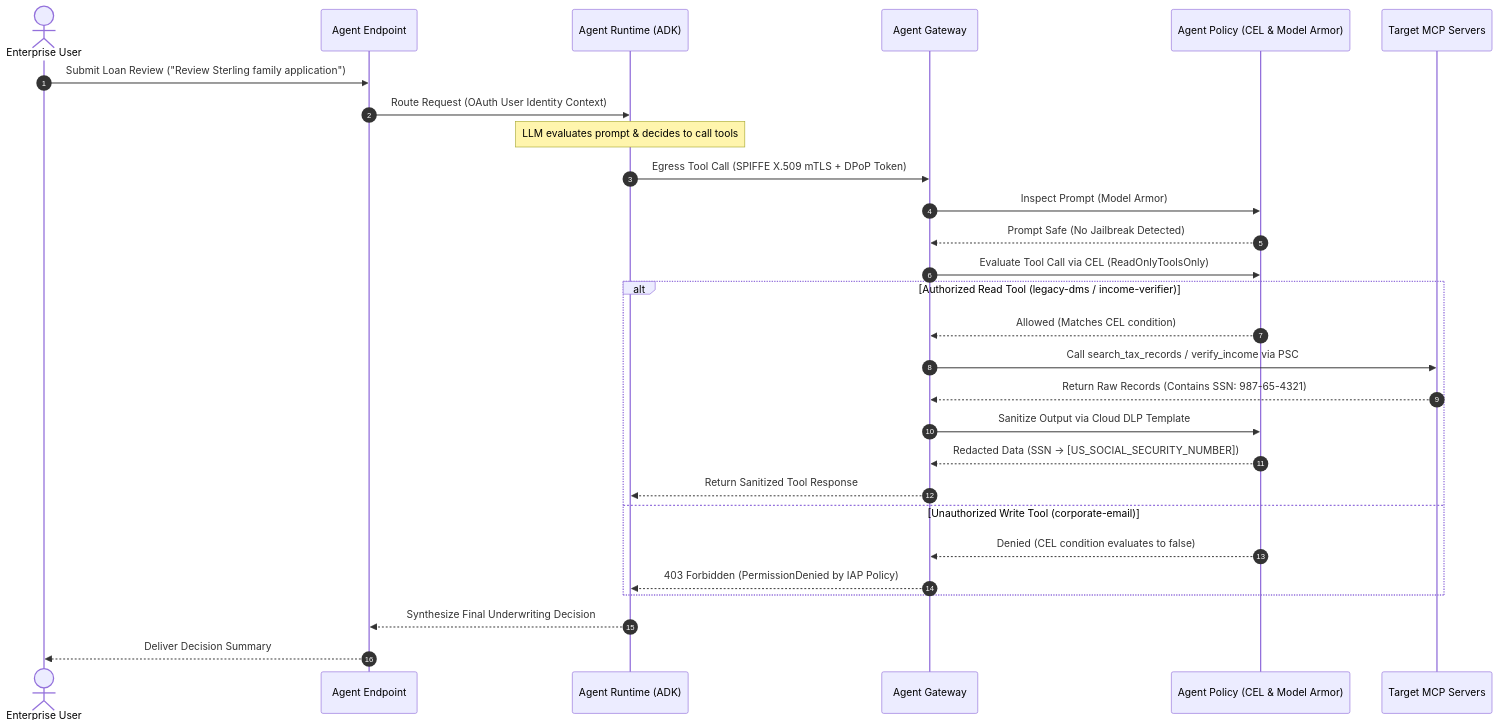
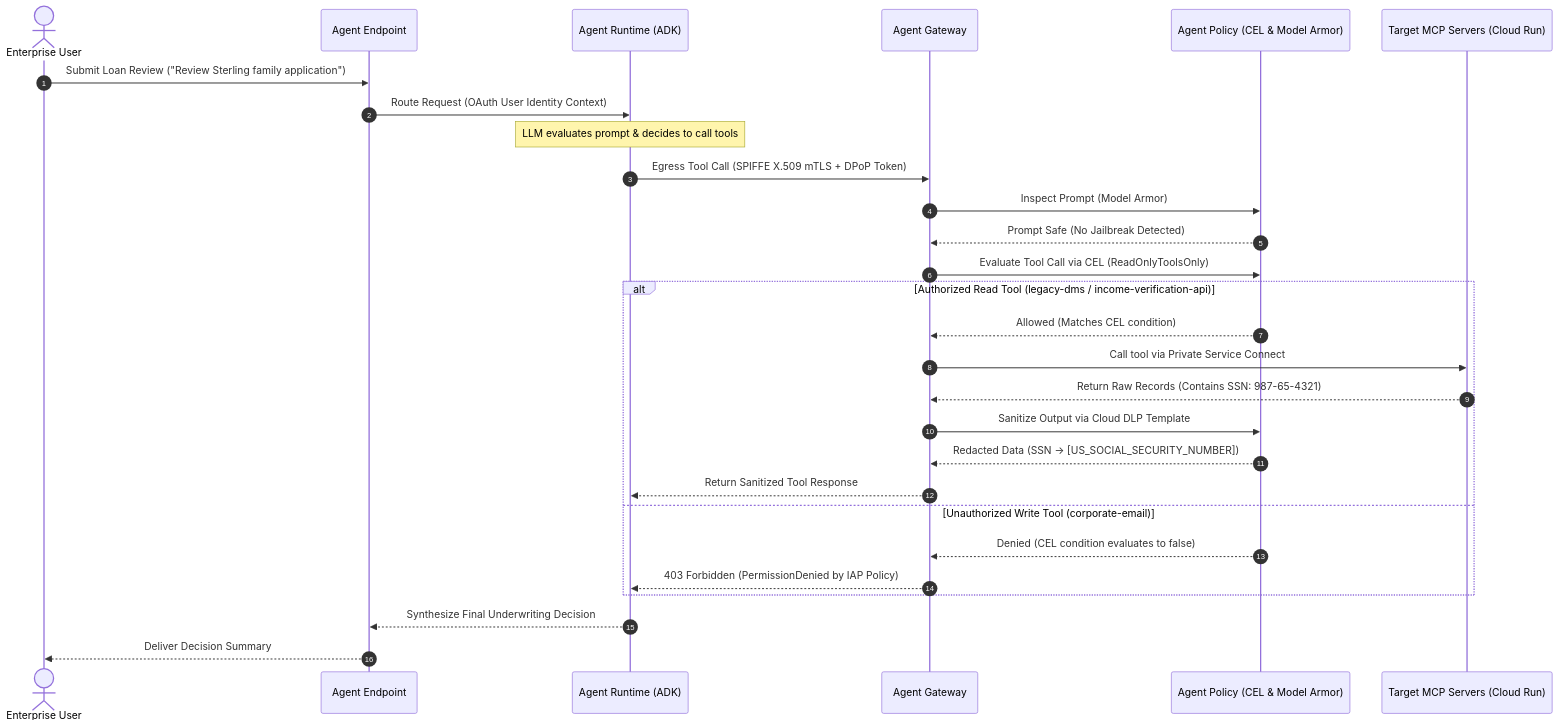
One commit to ddiger/gemini-enterprise-agent-engine changed the second of 2 diagrams in README.md. Above: the diagram before and after it, drawn with Mermaid. The commit also changed other lines of this file and 122 other files, not shown here.

````diff
--- a/README.md
+++ b/README.md
@@ -79,36 +78,36 @@
 ```mermaid
 sequenceDiagram
     autonumber
     actor User as Enterprise User
     participant Endpoint as Agent Endpoint
     participant Runtime as Agent Runtime (ADK)
     participant Gateway as Agent Gateway
     participant Policy as Agent Policy (CEL & Model Armor)
-    participant MCP as Target MCP Servers
+    participant MCP as Target MCP Servers (Cloud Run)
 
     User->>Endpoint: Submit Loan Review ("Review Sterling family application")
     Endpoint->>Runtime: Route Request (OAuth User Identity Context)
     
     Note over Runtime: LLM evaluates prompt & decides to call tools
     Runtime->>Gateway: Egress Tool Call (SPIFFE X.509 mTLS + DPoP Token)
     
     Gateway->>Policy: Inspect Prompt (Model Armor)
     Policy-->>Gateway: Prompt Safe (No Jailbreak Detected)
     
     Gateway->>Policy: Evaluate Tool Call via CEL (ReadOnlyToolsOnly)
     
-    alt Authorized Read Tool (legacy-dms / income-verifier)
+    alt Authorized Read Tool (legacy-dms / income-verification-api)
         Policy-->>Gateway: Allowed (Matches CEL condition)
-        Gateway->>MCP: Call search_tax_records / verify_income via PSC
+        Gateway->>MCP: Call tool via Private Service Connect
         MCP-->>Gateway: Return Raw Records (Contains SSN: 987-65-4321)
         Gateway->>Policy: Sanitize Output via Cloud DLP Template
         Policy-->>Gateway: Redacted Data (SSN -> [US_SOCIAL_SECURITY_NUMBER])
         Gateway-->>Runtime: Return Sanitized Tool Response
     else Unauthorized Write Tool (corporate-email)
         Policy-->>Gateway: Denied (CEL condition evaluates to false)
         Gateway-->>Runtime: 403 Forbidden (PermissionDenied by IAP Policy)
     end
     
     Runtime-->>Endpoint: Synthesize Final Underwriting Decision
     Endpoint-->>User: Deliver Decision Summary
 ```
````
